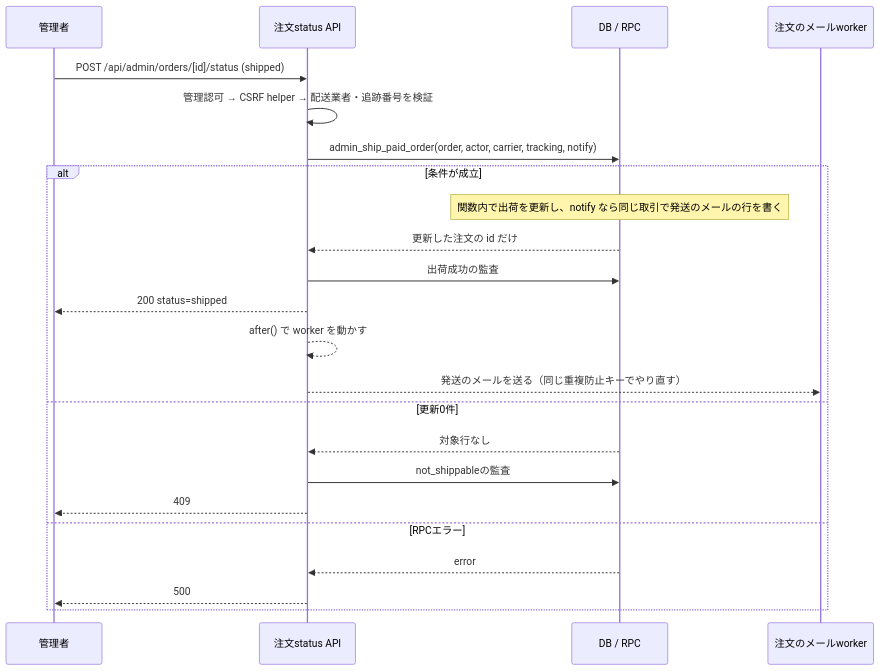
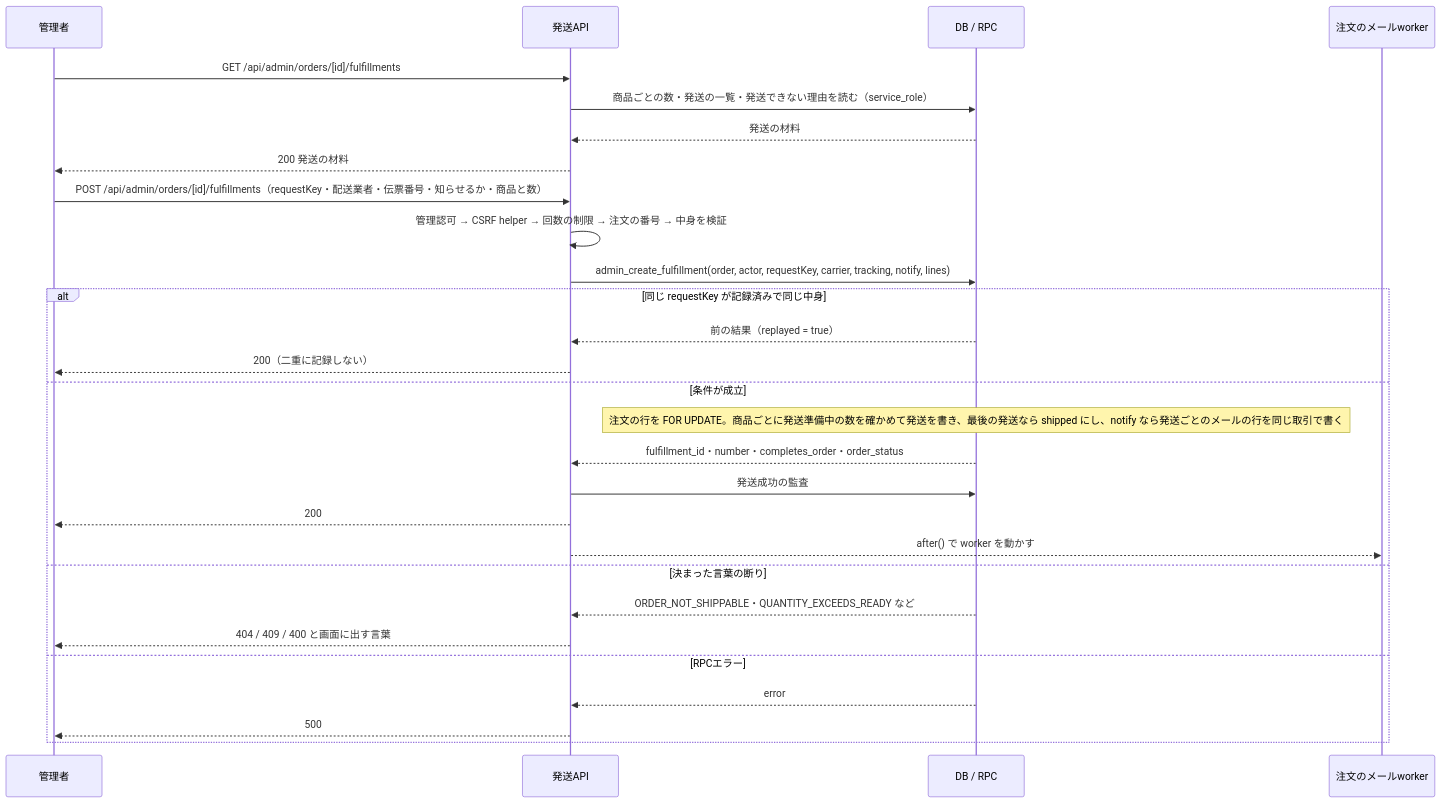
The second of 6 diagrams in docs/04_DetailDesign/sequence/order-administration.md (ChocoWork/o_official), drawn with Mermaid before and after one commit. The commit also changed other lines of this file and 10 other files, not shown here.

````diff
--- a/docs/04_DetailDesign/sequence/order-administration.md
+++ b/docs/04_DetailDesign/sequence/order-administration.md
@@ -105,25 +110,30 @@
 ```mermaid
 sequenceDiagram
     participant Admin as 管理者
-    participant API as 注文status API
+    participant API as 発送API
     participant DB as DB / RPC
     participant Mail as 注文のメールworker
-    Admin->>API: POST /api/admin/orders/[id]/status (shipped)
-    API->>API: 管理認可 → CSRF helper → 配送業者・追跡番号を検証
-    API->>DB: admin_ship_paid_order(order, actor, carrier, tracking, notify)
-    alt 条件が成立
-        Note over DB: 関数内で出荷を更新し、notify なら同じ取引で発送のメールの行を書く
-        DB-->>API: 更新した注文の id だけ
-        API->>DB: 出荷成功の監査
-        API-->>Admin: 200 status=shipped
-        API-->>API: after() で worker を動かす
-        API-->>Mail: 発送のメールを送る（同じ重複防止キーでやり直す）
-    else 更新0件
-        DB-->>API: 対象行なし
-        API->>DB: not_shippableの監査
-        API-->>Admin: 409
+    Admin->>API: GET /api/admin/orders/[id]/fulfillments
+    API->>DB: 商品ごとの数・発送の一覧・発送できない理由を読む（service_role）
+    DB-->>API: 発送の材料
+    API-->>Admin: 200 発送の材料
+    Admin->>API: POST /api/admin/orders/[id]/fulfillments（requestKey・配送業者・伝票番号・知らせるか・商品と数）
+    API->>API: 管理認可 → CSRF helper → 回数の制限 → 注文の番号 → 中身を検証
+    API->>DB: admin_create_fulfillment(order, actor, requestKey, carrier, tracking, notify, lines)
+    alt 同じ requestKey が記録済みで同じ中身
+        DB-->>API: 前の結果（replayed = true）
+        API-->>Admin: 200（二重に記録しない）
+    else 条件が成立
+        Note over DB: 注文の行を FOR UPDATE。商品ごとに発送準備中の数を確かめて発送を書き、最後の発送なら shipped にし、notify なら発送ごとのメールの行を同じ取引で書く
+        DB-->>API: fulfillment_id・number・completes_order・order_status
+        API->>DB: 発送成功の監査
+        API-->>Admin: 200
+        API-->>Mail: after() で worker を動かす
+    else 決まった言葉の断り
+        DB-->>API: ORDER_NOT_SHIPPABLE・QUANTITY_EXCEEDS_READY など
+        API-->>Admin: 404 / 409 / 400 と画面に出す言葉
     else RPCエラー
         DB-->>API: error
         API-->>Admin: 500
     end
 ```
````
